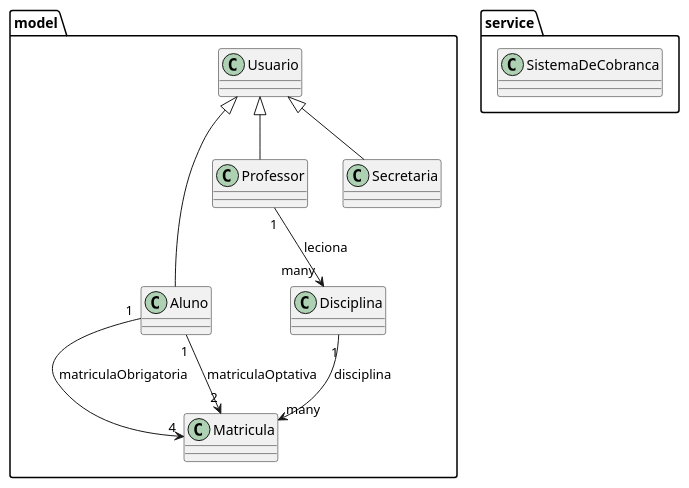
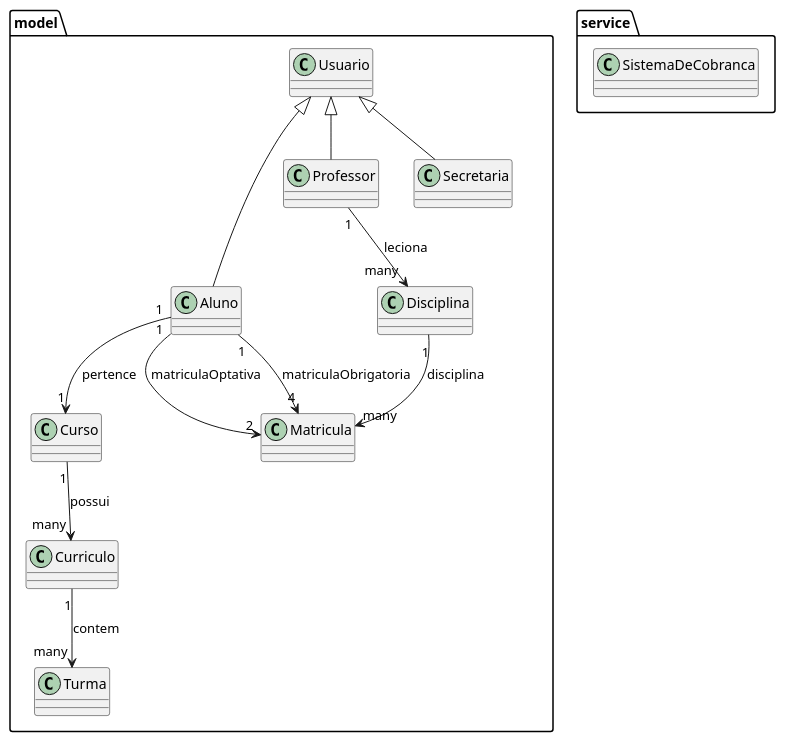
The diagram in project/code/EstruturaDePacotes.puml (PedroRamos98/SistemaDeMatriculas), drawn with PlantUML before and after one commit. The commit also changed 8 other files, not shown here.

```diff
--- a/project/code/EstruturaDePacotes.puml
+++ b/project/code/EstruturaDePacotes.puml
@@ -1,25 +1,32 @@
 @startuml
 
 package "model" {
     class Usuario
     class Aluno
     class Professor
     class Secretaria
     class Disciplina
     class Matricula
+    class Curriculo
+    class Curso
+    class Turma
 }
 
 package "service" {
     class SistemaDeCobranca
 }
 
 Usuario <|-- Aluno
 Usuario <|-- Professor
 Usuario <|-- Secretaria
 
 Aluno "1" --> "4" Matricula : matriculaObrigatoria
 Aluno "1" --> "2" Matricula : matriculaOptativa
 Disciplina "1" --> "many" Matricula : disciplina
 Professor "1" --> "many" Disciplina : leciona
 
+Curriculo "1" --> "many" Turma : contem
+Curso "1" --> "many" Curriculo : possui
+Aluno "1" --> "1" Curso : pertence
+
 @enduml
```
